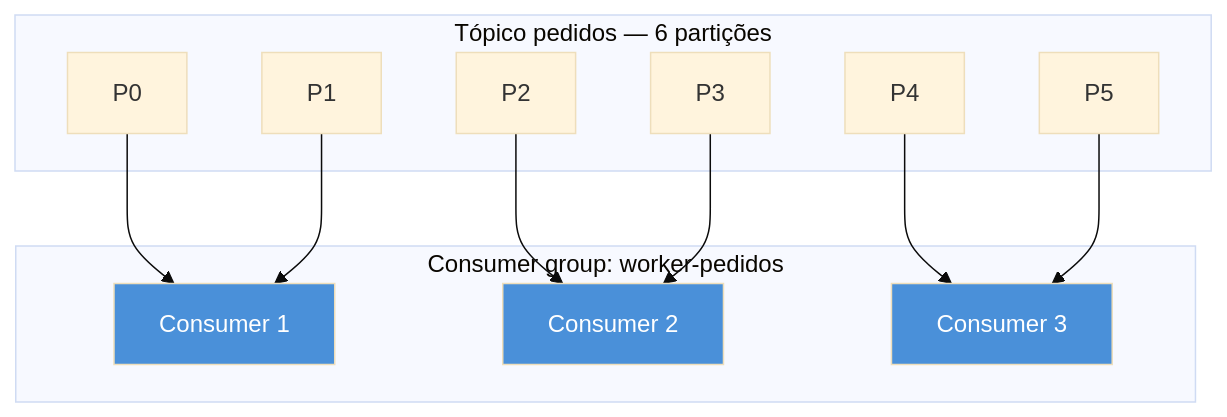
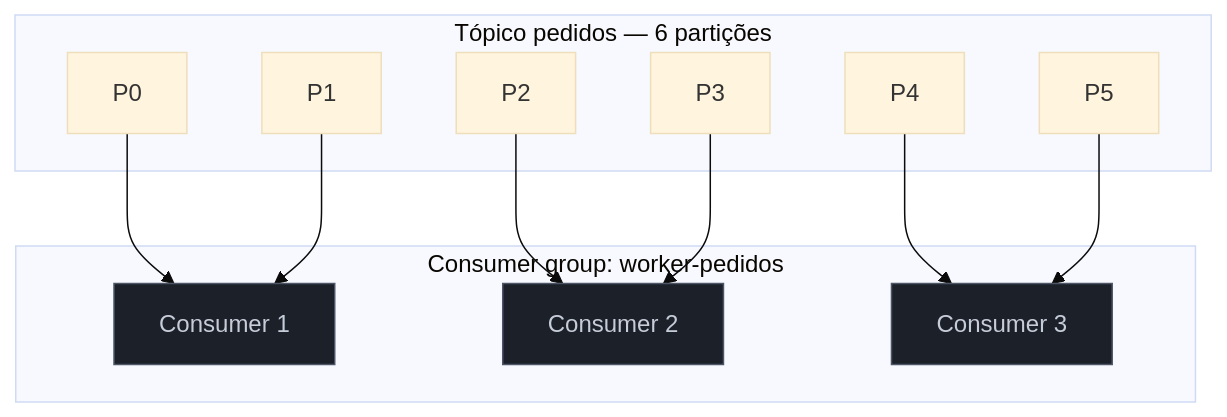
Before and after one commit to josenaldo/codex-technomanticus: the first of 3 diagrams in 03-Dominios/Tecnologia/Go/13 - Mensageria/04 - Consumers e workers.md, drawn with Mermaid (base theme). The commit also changed other lines of this file and 1181 other files, not shown here.

First line of the commit message:
fix(diagramas): paleta do sistema no lugar de cor cravada no markdown

````diff
--- a/03-Dominios/Tecnologia/Go/13 - Mensageria/04 - Consumers e workers.md
+++ b/03-Dominios/Tecnologia/Go/13 - Mensageria/04 - Consumers e workers.md
@@ -58,28 +58,29 @@
 ```mermaid
 flowchart TB
+    classDef neutro fill:#1B2029,stroke:#4E5666,color:#C6CCD8
     subgraph Topico["Tópico pedidos — 6 partições"]
         P0["P0"]
         P1["P1"]
         P2["P2"]
         P3["P3"]
         P4["P4"]
         P5["P5"]
     end
 
     subgraph Grupo["Consumer group: worker-pedidos"]
         C1["Consumer 1"]
         C2["Consumer 2"]
         C3["Consumer 3"]
     end
 
     P0 --> C1
     P1 --> C1
     P2 --> C2
     P3 --> C2
     P4 --> C3
     P5 --> C3
 
-    style C1 fill:#4A90D9,color:#fff
-    style C2 fill:#4A90D9,color:#fff
-    style C3 fill:#4A90D9,color:#fff
+    class C1 neutro
+    class C2 neutro
+    class C3 neutro
 ```
````
